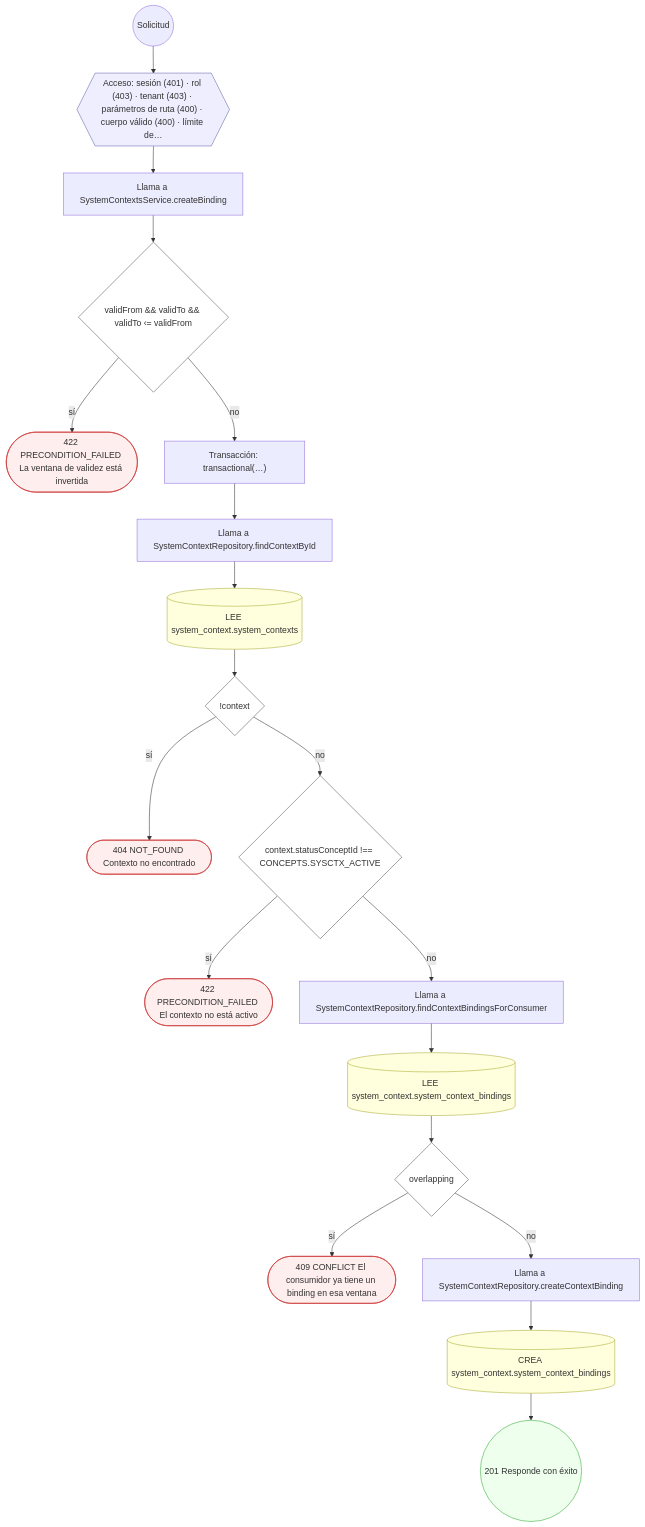
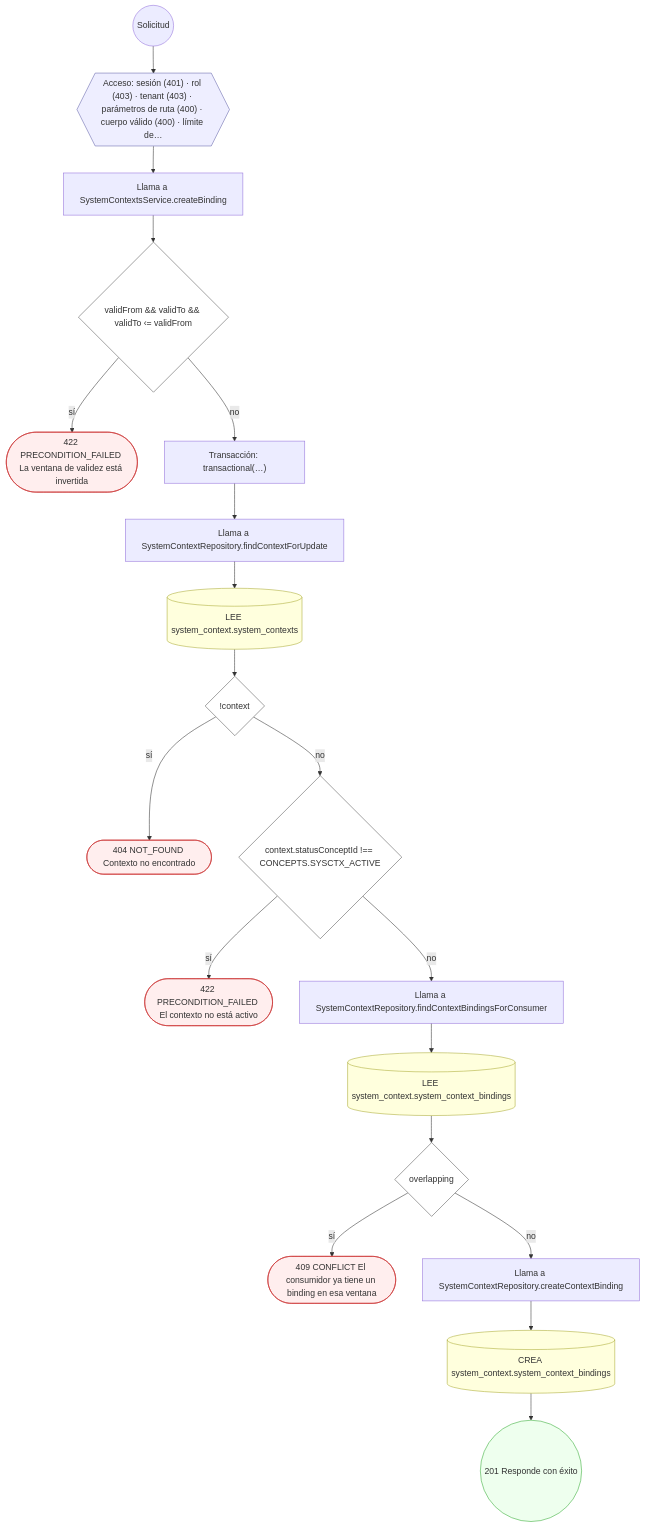
Before and after one commit to mdavila-2001/mantra-core-health-api: the third of 13 diagrams in docs/inventario/flujos/system_context.md, drawn with Mermaid. The commit also changed other lines of this file and 438 other files, not shown here.

````diff
--- a/docs/inventario/flujos/system_context.md
+++ b/docs/inventario/flujos/system_context.md
@@ -264,46 +271,46 @@
 ```mermaid
 flowchart TD
   n1(("Solicitud")):::inicio
   n2{{"Acceso: sesión (401) · rol (403) · tenant (403) · parámetros de ruta (400) · cuerpo válido (400) · límite de…"}}:::acceso
   n1 --> n2
   n3["Llama a SystemContextsService.createBinding"]:::llamada
   n2 --> n3
   n4{"validFrom && validTo && validTo ‹= validFrom"}:::decision
   n3 --> n4
   n5(["422 PRECONDITION_FAILED La ventana de validez está invertida"]):::error
   n4 -->|"sí"| n5
   n6["Transacción: transactional(…)"]:::transaccion
   n4 -->|"no"| n6
-  n7["Llama a SystemContextRepository.findContextById"]:::llamada
+  n7["Llama a SystemContextRepository.findContextForUpdate"]:::llamada
   n6 --> n7
   n8[("LEE system_context.system_contexts")]:::efecto
   n7 --> n8
   n9{"!context"}:::decision
   n8 --> n9
   n10(["404 NOT_FOUND Contexto no encontrado"]):::error
   n9 -->|"sí"| n10
   n11{"context.statusConceptId !== CONCEPTS.SYSCTX_ACTIVE"}:::decision
   n9 -->|"no"| n11
   n12(["422 PRECONDITION_FAILED El contexto no está activo"]):::error
   n11 -->|"sí"| n12
   n13["Llama a SystemContextRepository.findContextBindingsForConsumer"]:::llamada
   n11 -->|"no"| n13
   n14[("LEE system_context.system_context_bindings")]:::efecto
   n13 --> n14
   n15{"overlapping"}:::decision
   n14 --> n15
   n16(["409 CONFLICT El consumidor ya tiene un binding en esa ventana"]):::error
   n15 -->|"sí"| n16
   n17["Llama a SystemContextRepository.createContextBinding"]:::llamada
   n15 -->|"no"| n17
   n18[("CREA system_context.system_context_bindings")]:::efecto
   n17 --> n18
   n19(("201 Responde con éxito")):::ok
   n18 --> n19
   classDef acceso fill:#eef,stroke:#66a
   classDef error fill:#fee,stroke:#c33
   classDef ok fill:#efe,stroke:#3a3
   classDef efecto fill:#ffd,stroke:#aa3
   classDef decision fill:#fff,stroke:#555
   classDef corte fill:#eee,stroke:#999,stroke-dasharray: 4
 ```
````
